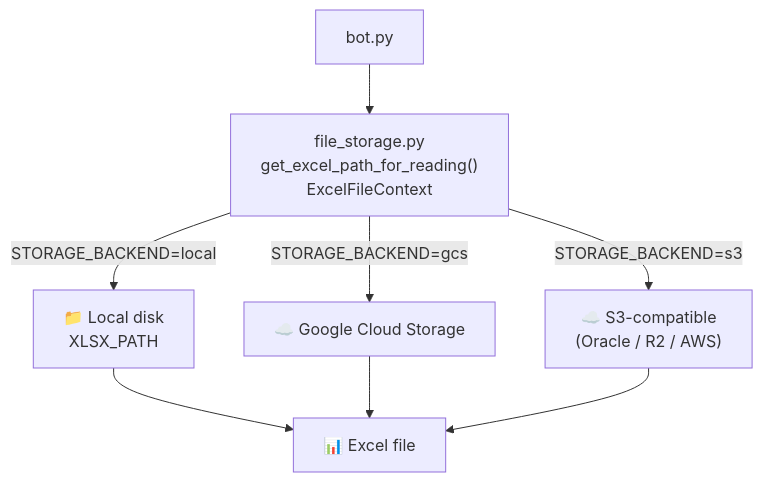
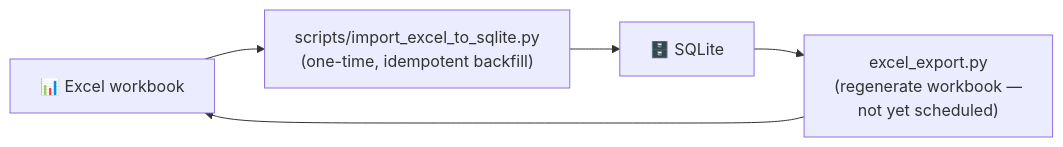
Before and after one commit to TeymurovFuad/family-budget-bot: the ninth of 11 diagrams in docs/architecture.md, drawn with Mermaid. The commit also changed other lines of this file and 2 other files, not shown here.

First line of the commit message:
docs: update README, architecture, and BACKLOG for SQLite + web UI (S1/S2) (#103)

````diff
--- a/docs/architecture.md
+++ b/docs/architecture.md
@@ -211,15 +246,9 @@
 ```mermaid
-flowchart TD
-    BOT["bot.py"]
-    FS["file_storage.py\nget_excel_path_for_reading()\nExcelFileContext"]
+flowchart LR
+    EXCEL["📊 Excel workbook"]
+    IMP["scripts/import_excel_to_sqlite.py\n(one-time, idempotent backfill)"]
+    DB["🗄️ SQLite"]
+    EXP["excel_export.py\n(regenerate workbook —\nnot yet scheduled)"]
 
-    BOT --> FS
-
-    FS -->|"STORAGE_BACKEND=local"| LOCAL["📁 Local disk\nXLSX_PATH"]
-    FS -->|"STORAGE_BACKEND=gcs"| GCS["☁️ Google Cloud Storage"]
-    FS -->|"STORAGE_BACKEND=s3"| S3["☁️ S3-compatible\n(Oracle / R2 / AWS)"]
-
-    LOCAL --> EXCEL["📊 Excel file"]
-    GCS --> EXCEL
-    S3 --> EXCEL
+    EXCEL --> IMP --> DB --> EXP --> EXCEL
 ```
````
